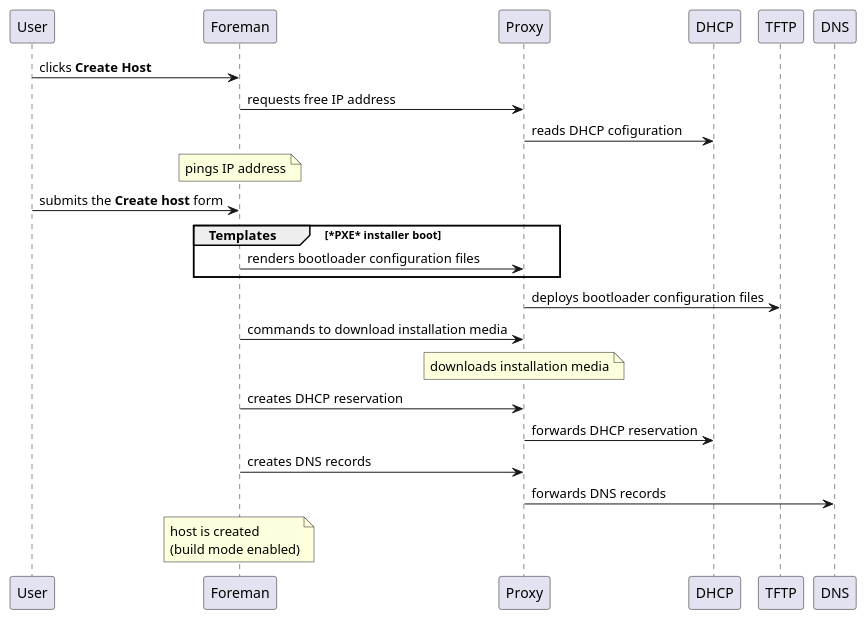
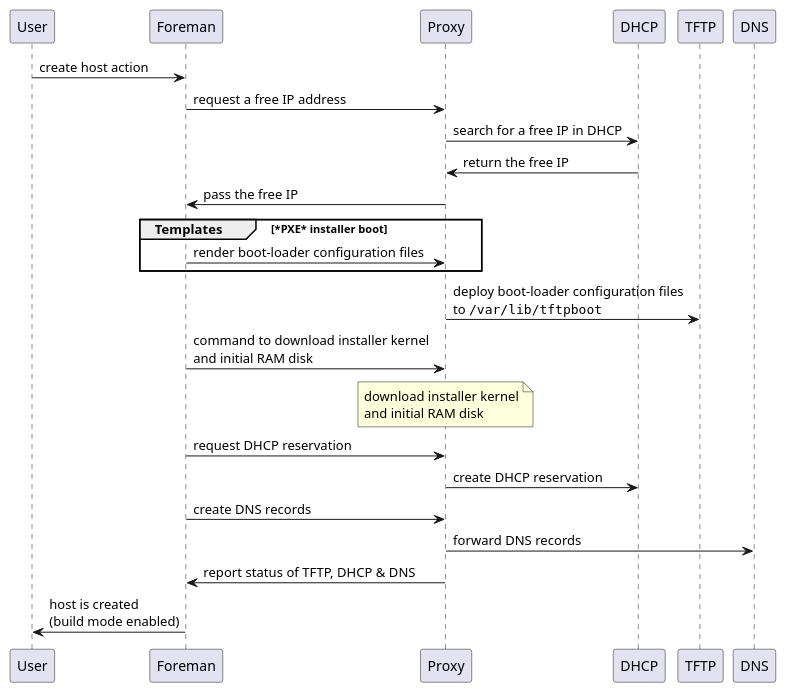
Before and after one commit to theforeman/foreman-documentation: the diagram in guides/image-sources/prov-create-host-pxe.iuml, drawn with PlantUML. The commit also changed 1 other file, not shown here.

```diff
--- a/guides/image-sources/prov-create-host-pxe.iuml
+++ b/guides/image-sources/prov-create-host-pxe.iuml
@@ -1,16 +1,17 @@
-User -> Foreman : clicks **Create Host**
-Foreman -> Proxy : requests free IP address
-Proxy -> DHCP : reads DHCP cofiguration
-note over Foreman : pings IP address
-User -> Foreman : submits the **Create host** form
+User -> Foreman : create host action
+Foreman -> Proxy : request a free IP address
+Proxy -> DHCP : search for a free IP in DHCP
+DHCP -> Proxy : return the free IP
+Proxy -> Foreman : pass the free IP
 group Templates [*PXE* installer boot]
-    Foreman -> Proxy : renders bootloader configuration files
+    Foreman -> Proxy : render boot-loader configuration files
 end
-Proxy -> TFTP : deploys bootloader configuration files
-Foreman -> Proxy : commands to download installation media
-note over Proxy : downloads installation media
-Foreman -> Proxy : creates DHCP reservation
-Proxy -> DHCP : forwards DHCP reservation
-Foreman -> Proxy : creates DNS records
-Proxy -> DNS : forwards DNS records
-note over Foreman : host is created\n(build mode enabled)
+Proxy -> TFTP : deploy boot-loader configuration files\nto ""/var/lib/tftpboot""
+Foreman -> Proxy : command to download installer kernel\nand initial RAM disk
+note over Proxy : download installer kernel\nand initial RAM disk
+Foreman -> Proxy : request DHCP reservation
+Proxy -> DHCP : create DHCP reservation
+Foreman -> Proxy : create DNS records
+Proxy -> DNS : forward DNS records
+Proxy -> Foreman : report status of TFTP, DHCP & DNS
+Foreman -> User : host is created\n(build mode enabled)
```
